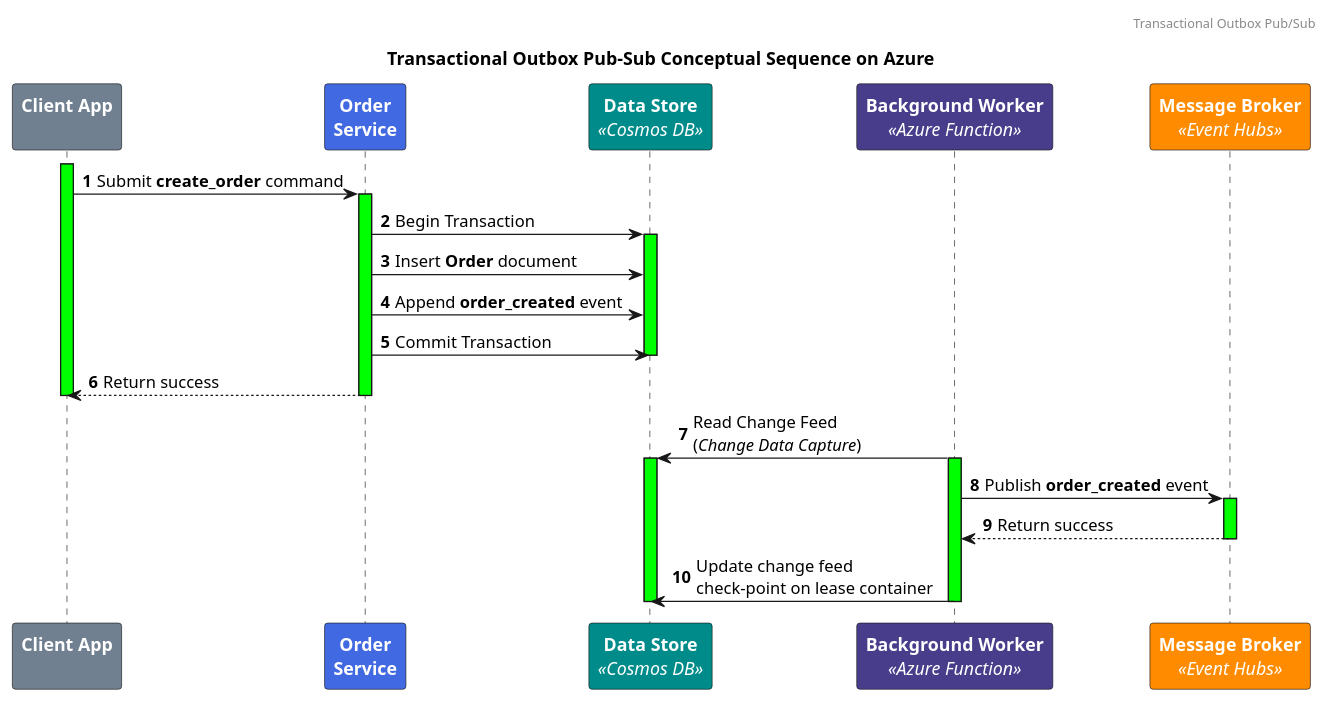
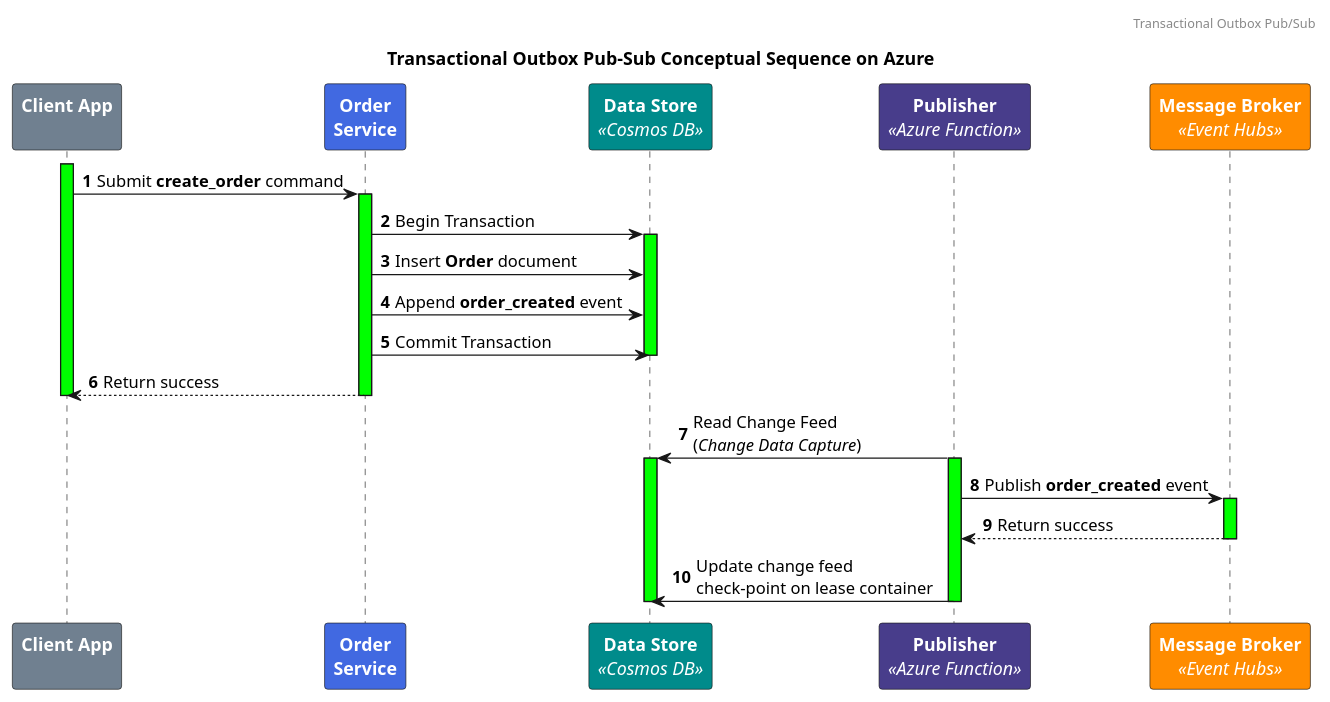
The diagram in diagrams/transactional_outbox_pattern.puml (Gio0300/LoosePubSubAzure), drawn with PlantUML before and after one commit. The commit also changed 4 other files, not shown here.

```diff
--- a/diagrams/transactional_outbox_pattern.puml
+++ b/diagrams/transactional_outbox_pattern.puml
@@ -1,42 +1,42 @@
 @startuml
 skinparam ParticipantFontSize 14
 skinparam ParticipantFontColor #White
 header "Transactional Outbox Pub/Sub"
 title Transactional Outbox Pub-Sub Conceptual Sequence on Azure
 participant ClientApp as "<b>Client App\n" #SlateGray
 participant OrderService as "<b>Order\n<b>Service" #RoyalBlue
 participant DataStore as "<b>Data Store\n<i><<Cosmos DB>>" #DarkCyan
-participant Publisher as "<b>Background Worker\n<i><<Azure Function>>" #DarkSlateBlue
+participant Publisher as "<b>Publisher\n<i><<Azure Function>>" #DarkSlateBlue
 participant EventHubs as "<b>Message Broker\n<i><<Event Hubs>>" #Darkorange
 
 autonumber
 activate ClientApp #Lime
 ClientApp -> OrderService : Submit <b>create_order</b> command
 
 activate OrderService #Lime
 OrderService -> DataStore : Begin Transaction
 activate DataStore #Lime
 OrderService -> DataStore : Insert <b>Order</b> document
 OrderService -> DataStore : Append <b>order_created</b> event
 OrderService -> DataStore : Commit Transaction
 
 deactivate DataStore
 OrderService --> ClientApp : Return success
 
 deactivate OrderService
 deactivate ClientApp
 
 DataStore <- Publisher : Read Change Feed\n(<i>Change Data Capture</i>)
 activate DataStore #Lime
 
 activate Publisher #Lime
 Publisher -> EventHubs : Publish <b>order_created</b> event
 
 activate EventHubs #Lime
 EventHubs --> Publisher : Return success
 deactivate EventHubs
 
 Publisher -> DataStore : Update change feed\ncheck-point on lease container
 deactivate Publisher
 deactivate DataStore
 @enduml
```
